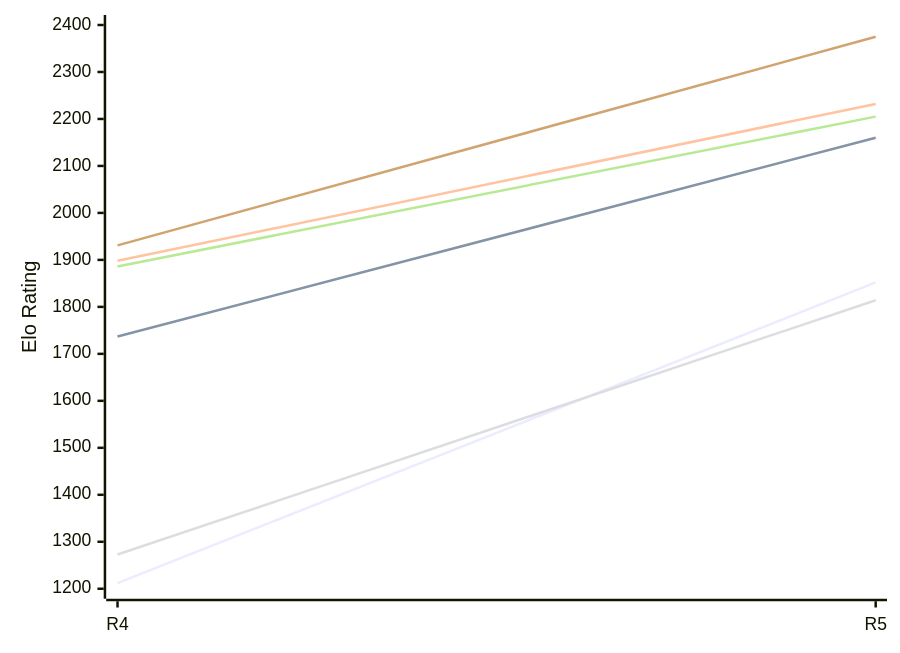
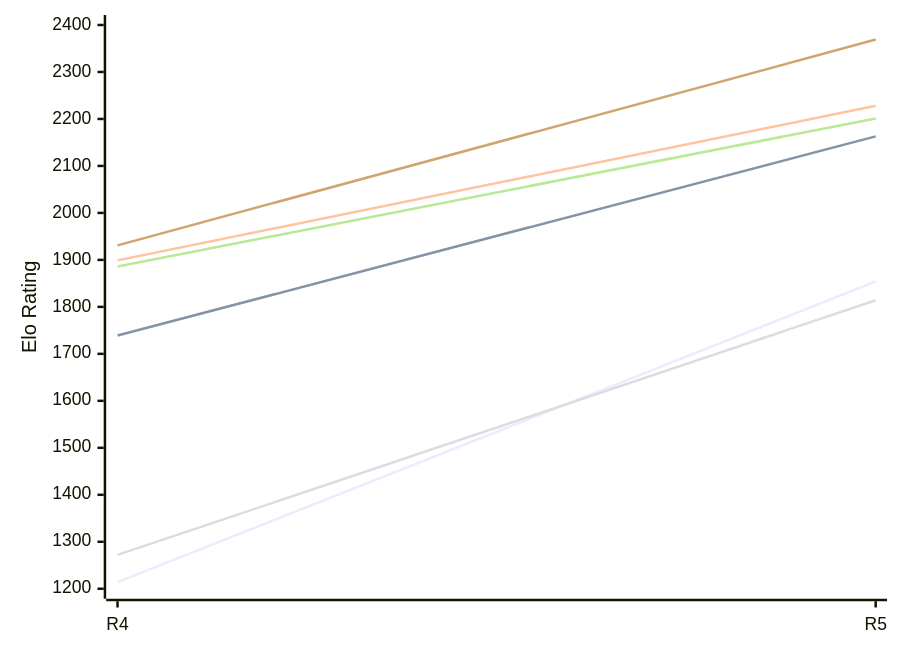
The first of 2 diagrams in engines/Viking.md (computer-chess-index/cci), drawn with Mermaid before and after one commit. The commit also changed other lines of this file, not shown here.

Commit message:
Update CCI Ratings (ELO VLTC) - 2026-11-19

````diff
--- a/engines/Viking.md
+++ b/engines/Viking.md
@@ -50,12 +50,12 @@
 ```mermaid
 %%{init: {"theme":"base","themeVariables":{"seriesColors:['#a3a3a3','#222221','#faa371']}}}%%
 xychart-beta
   x-axis ["R4", "R5"]
   y-axis "Elo Rating" 1200 --> 2400
-  line "E1: STC (8.0+0.08s)" [1212, 1852]
-  line "E1: LTC (60.0+0.60s)" [1737, 2160]
-  line "E1: VLTC (2m24s+1.12s)" [1898, 2232]
-  line "P1: STC (8.0+0.08s)" [1273, 1814]
-  line "P1: LTC (60.0+0.60s)" [1886, 2205]
-  line "P1: VLTC (2m24s+1.12s)" [1931, 2375]
+  line "E1: STC (8.0+0.08s)" [1214, 1854]
+  line "E1: LTC (60.0+0.60s)" [1739, 2163]
+  line "E1: VLTC (2m24s+1.12s)" [1899, 2228]
+  line "P1: STC (8.0+0.08s)" [1272, 1814]
+  line "P1: LTC (60.0+0.60s)" [1886, 2201]
+  line "P1: VLTC (2m24s+1.12s)" [1931, 2369]
 ```
````
